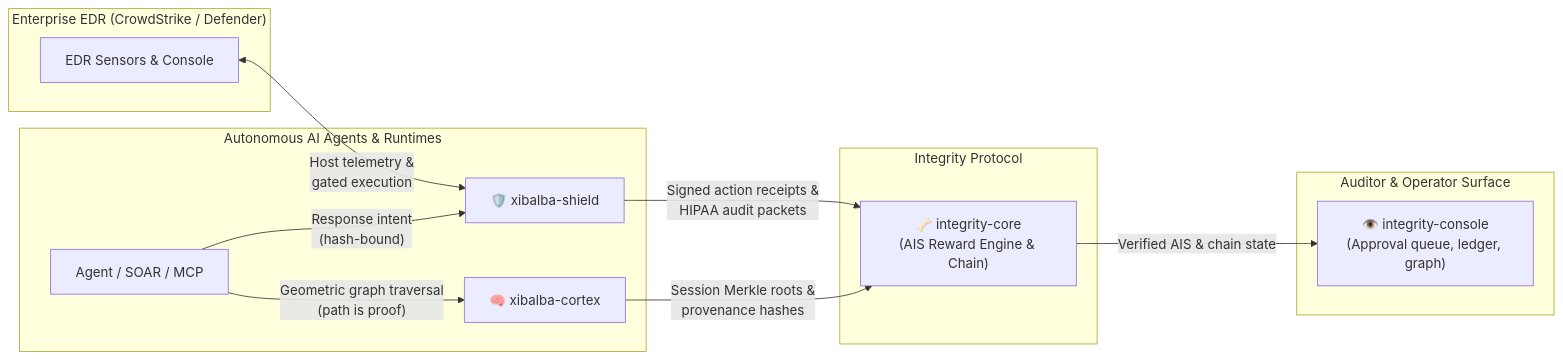
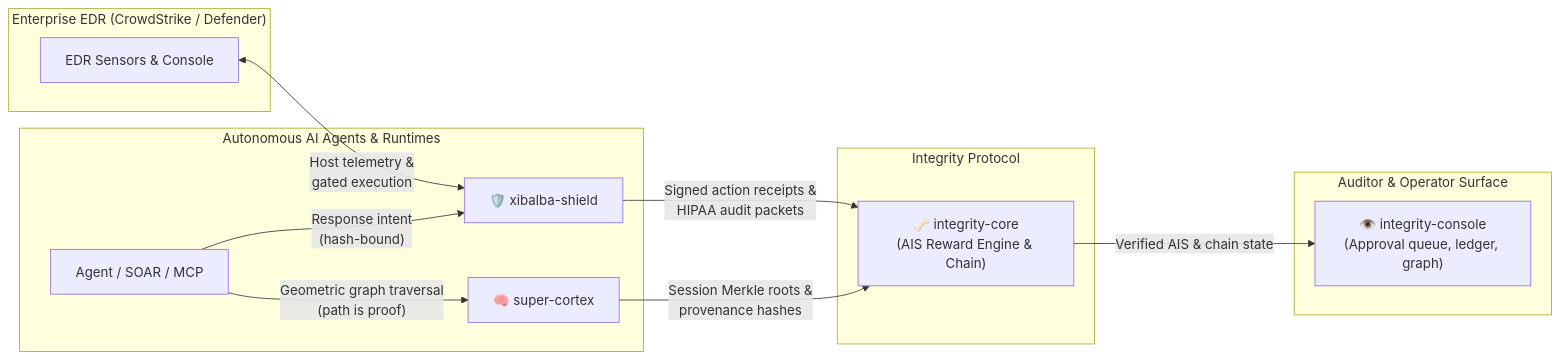
One commit to XibalbaTechSol/xibalba-shield changed the diagram in README.md. Above: the diagram before and after it, drawn with Mermaid. The commit also changed other lines of this file and 4 other files, not shown here.

Commit message:
docs: update ecosystem documentation to reference super-cortex instead of xibalba-cortex (#114)

````diff
--- a/README.md
+++ b/README.md
@@ -29,17 +29,17 @@
 ```mermaid
 flowchart LR
     subgraph Agents["Autonomous AI Agents & Runtimes"]
         A["Agent / SOAR / MCP"] -->|"Response intent<br/>(hash-bound)"| S["🛡️ xibalba-shield"]
-        A -->|"Geometric graph traversal<br/>(path is proof)"| C["🧠 xibalba-cortex"]
+        A -->|"Geometric graph traversal<br/>(path is proof)"| C["🧠 super-cortex"]
     end
     subgraph EDR["Enterprise EDR (CrowdStrike / Defender)"]
         E["EDR Sensors & Console"] <-->|"Host telemetry &<br/>gated execution"| S
     end
     subgraph Core["Integrity Protocol"]
         S -->|"Signed action receipts &<br/>HIPAA audit packets"| P["🦴 integrity-core<br/>(AIS Reward Engine & Chain)"]
         C -->|"Session Merkle roots &<br/>provenance hashes"| P
     end
     subgraph Console["Auditor & Operator Surface"]
         P -->|"Verified AIS & chain state"| O["👁️ integrity-console<br/>(Approval queue, ledger, graph)"]
     end
 ```
````
